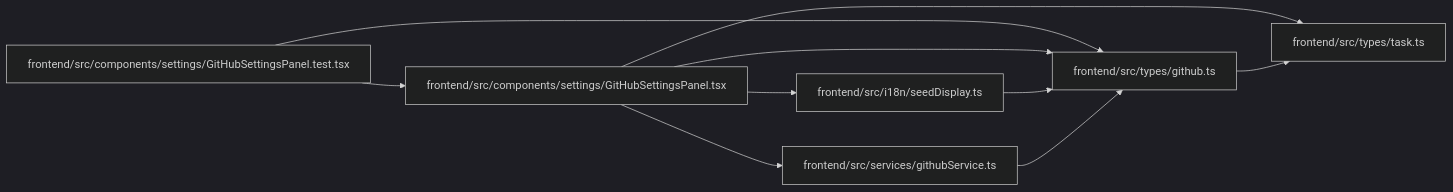
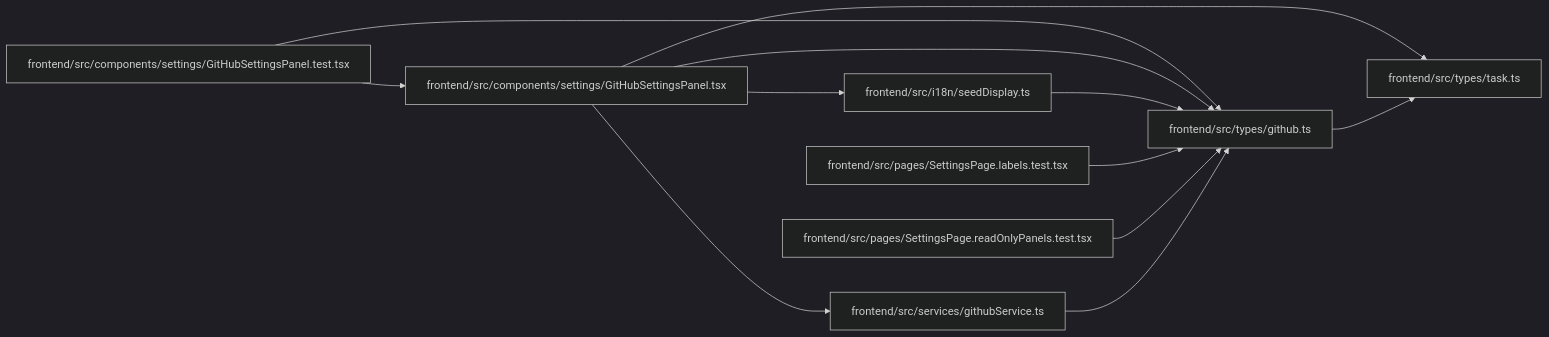
The diagram in docs/llm_wiki/modules/types_github.md (Denissvgn/WorkChord), drawn with Mermaid (dark theme) before and after one commit. The commit also changed other lines of this file and 2373 other files, not shown here.

````diff
--- a/docs/llm_wiki/modules/types_github.md
+++ b/docs/llm_wiki/modules/types_github.md
@@ -26,24 +26,30 @@
 ```mermaid
 flowchart LR
     n0["frontend/src/components/settings/GitHubSettingsPanel.test.tsx"]
     n1["frontend/src/components/settings/GitHubSettingsPanel.tsx"]
     n2["frontend/src/i18n/seedDisplay.ts"]
-    n3["frontend/src/services/githubService.ts"]
-    n4["frontend/src/types/github.ts"]
-    n5["frontend/src/types/task.ts"]
+    n3["frontend/src/pages/SettingsPage.labels.test.tsx"]
+    n4["frontend/src/pages/SettingsPage.readOnlyPanels.test.tsx"]
+    n5["frontend/src/services/githubService.ts"]
+    n6["frontend/src/types/github.ts"]
+    n7["frontend/src/types/task.ts"]
     n0 --> n1
-    n0 --> n4
+    n0 --> n6
     n1 --> n2
-    n1 --> n3
-    n1 --> n4
     n1 --> n5
-    n2 --> n4
-    n3 --> n4
-    n4 --> n5
+    n1 --> n6
+    n1 --> n7
+    n2 --> n6
+    n3 --> n6
+    n4 --> n6
+    n5 --> n6
+    n6 --> n7
     click n0 "../modules/GitHubSettingsPanel.test.md"
     click n1 "../modules/GitHubSettingsPanel.md"
     click n2 "../modules/seedDisplay.md"
-    click n3 "../modules/githubService.md"
-    click n4 "../modules/types_github.md"
-    click n5 "../modules/types_task.md"
+    click n3 "../modules/SettingsPage.labels.test.md"
+    click n4 "../modules/SettingsPage.readOnlyPanels.test.md"
+    click n5 "../modules/githubService.md"
+    click n6 "../modules/types_github.md"
+    click n7 "../modules/types_task.md"
 ```
````
